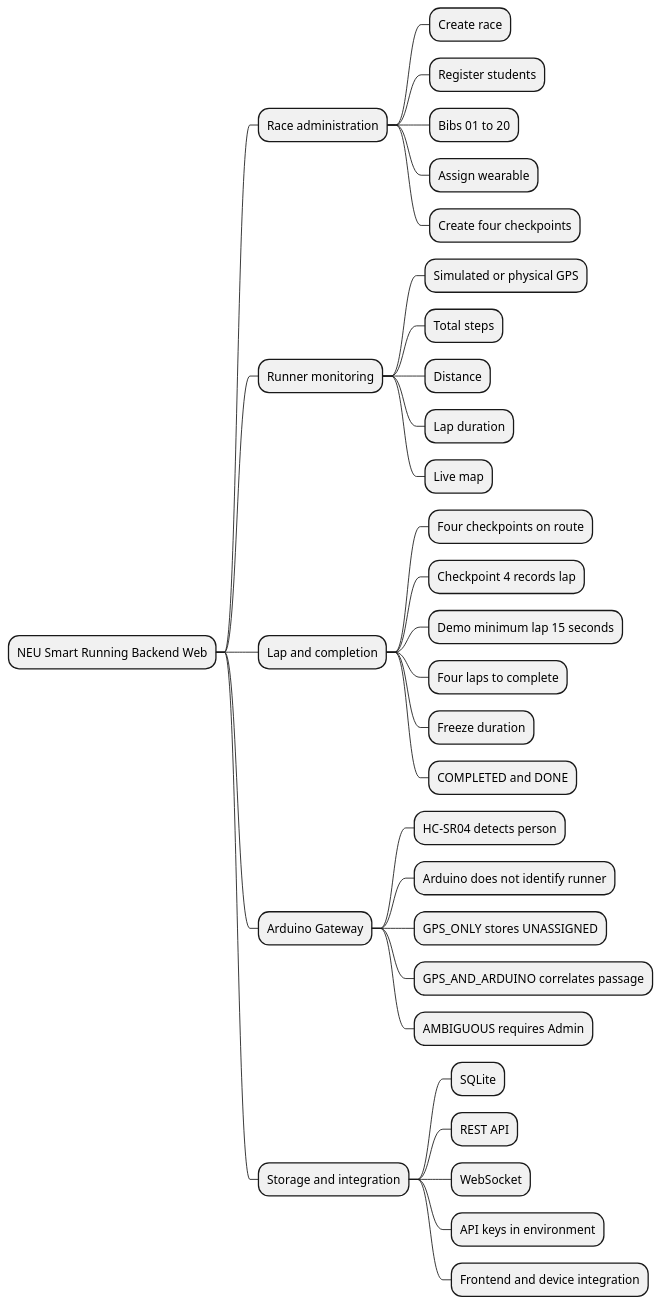
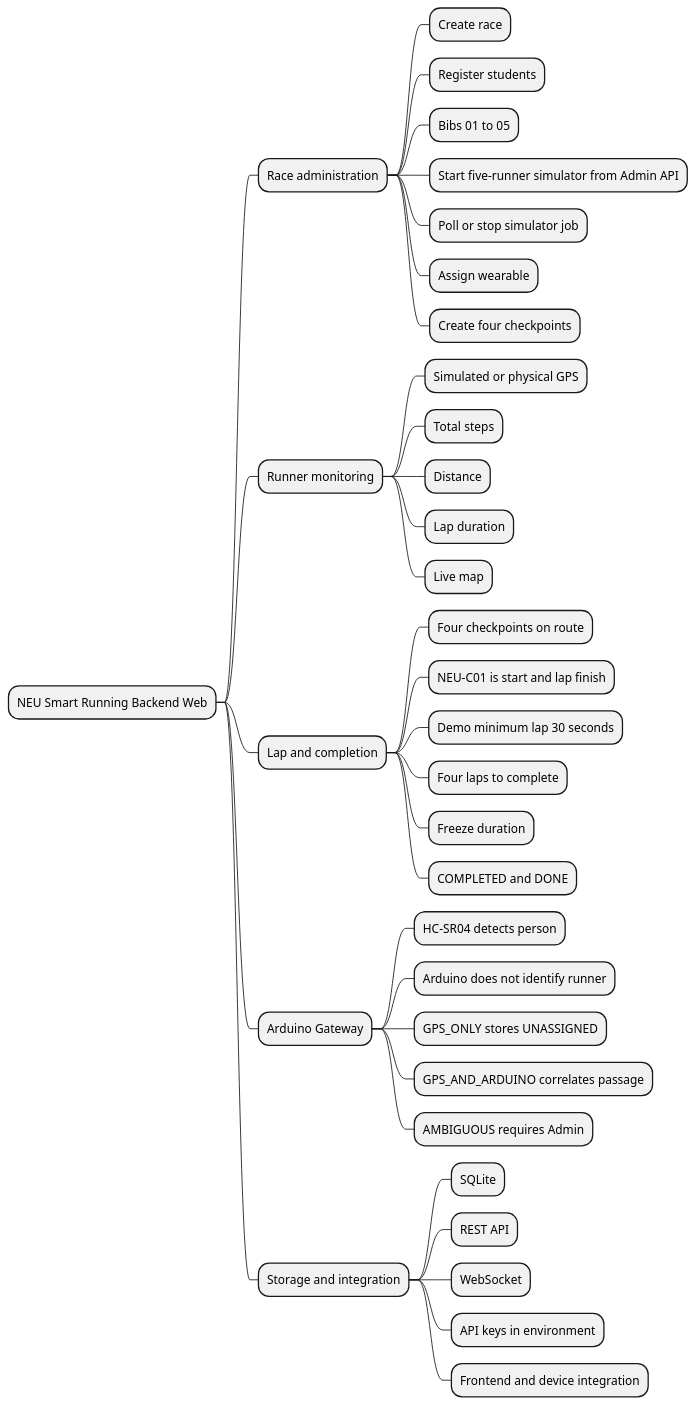
Before and after one commit to Dunnguyn/Smart_Running_Checkpoint_IoT: diagram 13 of 15 in docs/PLANTUML_DIAGRAMS.puml, drawn with PlantUML. The commit also changed other lines of this file and 7 other files, not shown here.

Commit message:
Add API-managed five-runner demo

```diff
--- a/docs/PLANTUML_DIAGRAMS.puml
+++ b/docs/PLANTUML_DIAGRAMS.puml
@@ -829,34 +854,36 @@
 @startmindmap
 * NEU Smart Running Backend Web
 ** Race administration
 *** Create race
 *** Register students
-*** Bibs 01 to 20
+*** Bibs 01 to 05
+*** Start five-runner simulator from Admin API
+*** Poll or stop simulator job
 *** Assign wearable
 *** Create four checkpoints
 ** Runner monitoring
 *** Simulated or physical GPS
 *** Total steps
 *** Distance
 *** Lap duration
 *** Live map
 ** Lap and completion
 *** Four checkpoints on route
-*** Checkpoint 4 records lap
-*** Demo minimum lap 15 seconds
+*** NEU-C01 is start and lap finish
+*** Demo minimum lap 30 seconds
 *** Four laps to complete
 *** Freeze duration
 *** COMPLETED and DONE
 ** Arduino Gateway
 *** HC-SR04 detects person
 *** Arduino does not identify runner
 *** GPS_ONLY stores UNASSIGNED
 *** GPS_AND_ARDUINO correlates passage
 *** AMBIGUOUS requires Admin
 ** Storage and integration
 *** SQLite
 *** REST API
 *** WebSocket
 *** API keys in environment
 *** Frontend and device integration
 @endmindmap
```
